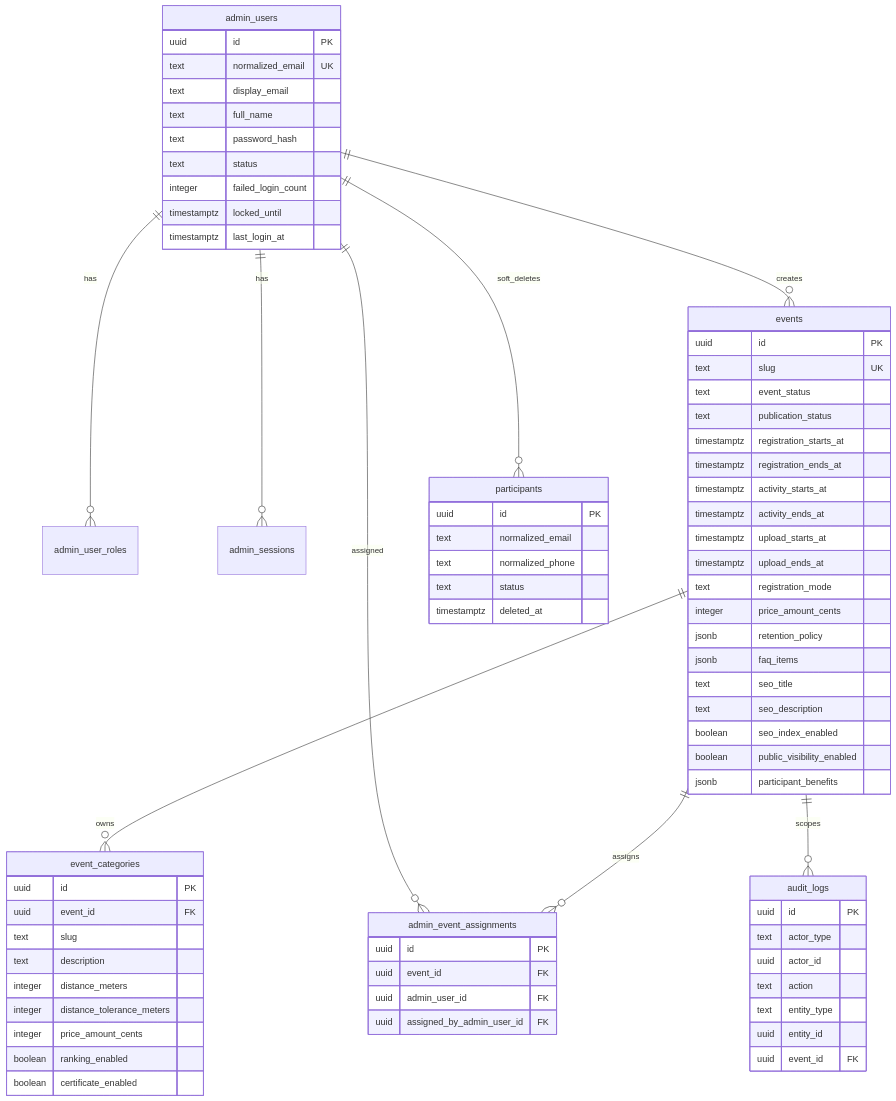
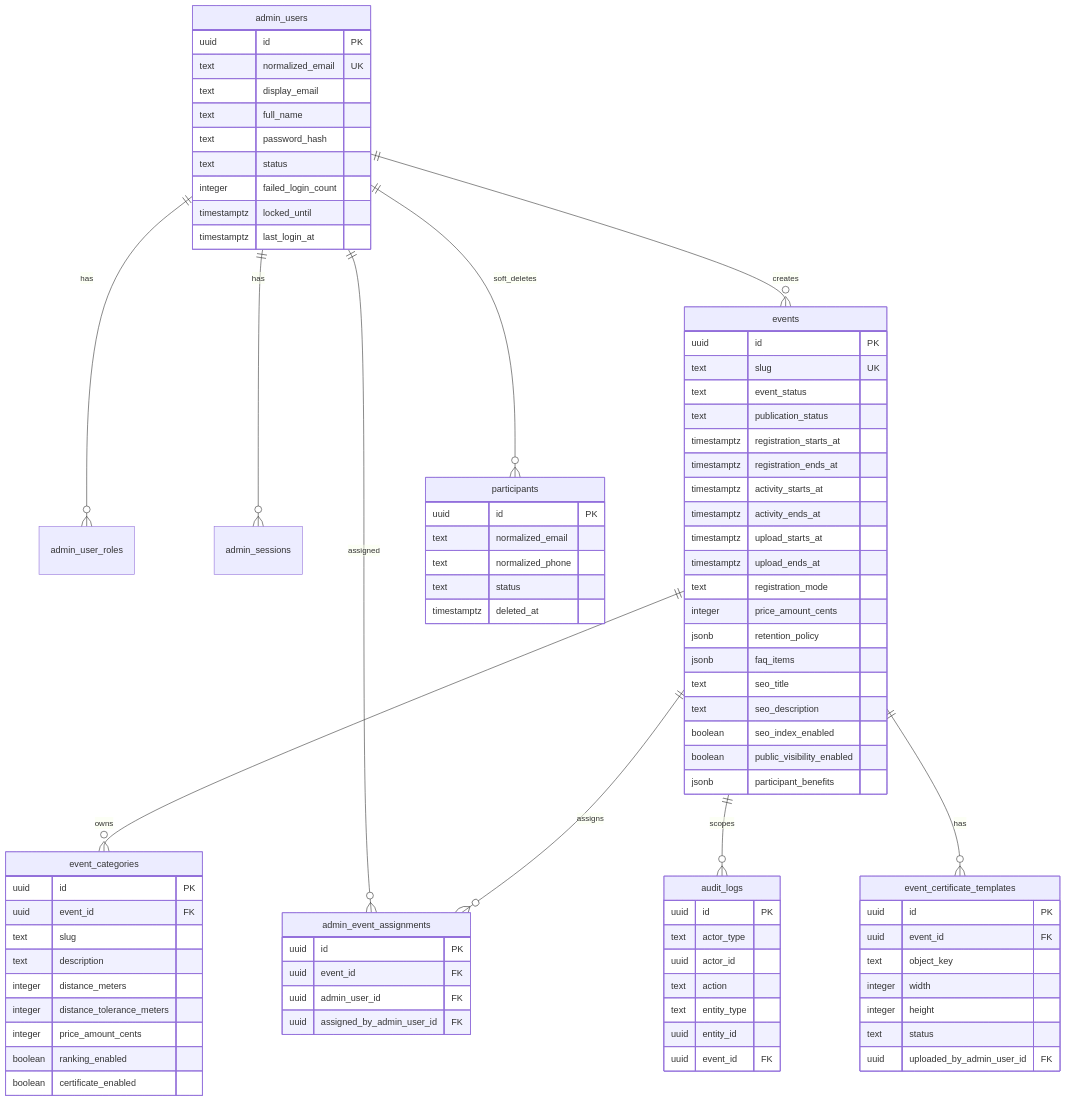
One commit to Ferdiany19/VirtualRun-beard changed the first of 2 diagrams in docs/DATABASE.md. Above: the diagram before and after it, drawn with Mermaid. The commit also changed other lines of this file and 60 other files, not shown here.

````diff
--- a/docs/DATABASE.md
+++ b/docs/DATABASE.md
@@ -44,6 +46,7 @@
   events ||--o{ event_categories : owns
   events ||--o{ admin_event_assignments : assigns
   events ||--o{ audit_logs : scopes
+  events ||--o{ event_certificate_templates : has
 
   admin_users {
     uuid id PK
@@ -115,4 +118,14 @@
     uuid entity_id
     uuid event_id FK
   }
+
+  event_certificate_templates {
+    uuid id PK
+    uuid event_id FK
+    text object_key
+    integer width
+    integer height
+    text status
+    uuid uploaded_by_admin_user_id FK
+  }
 ```
````
